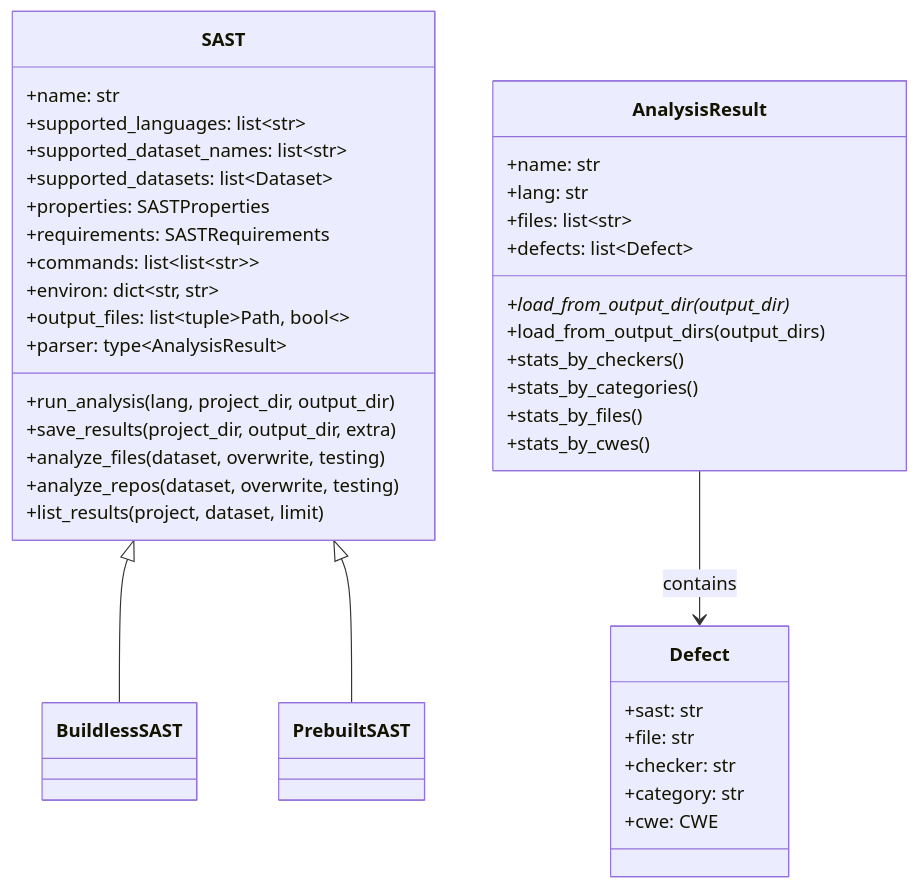
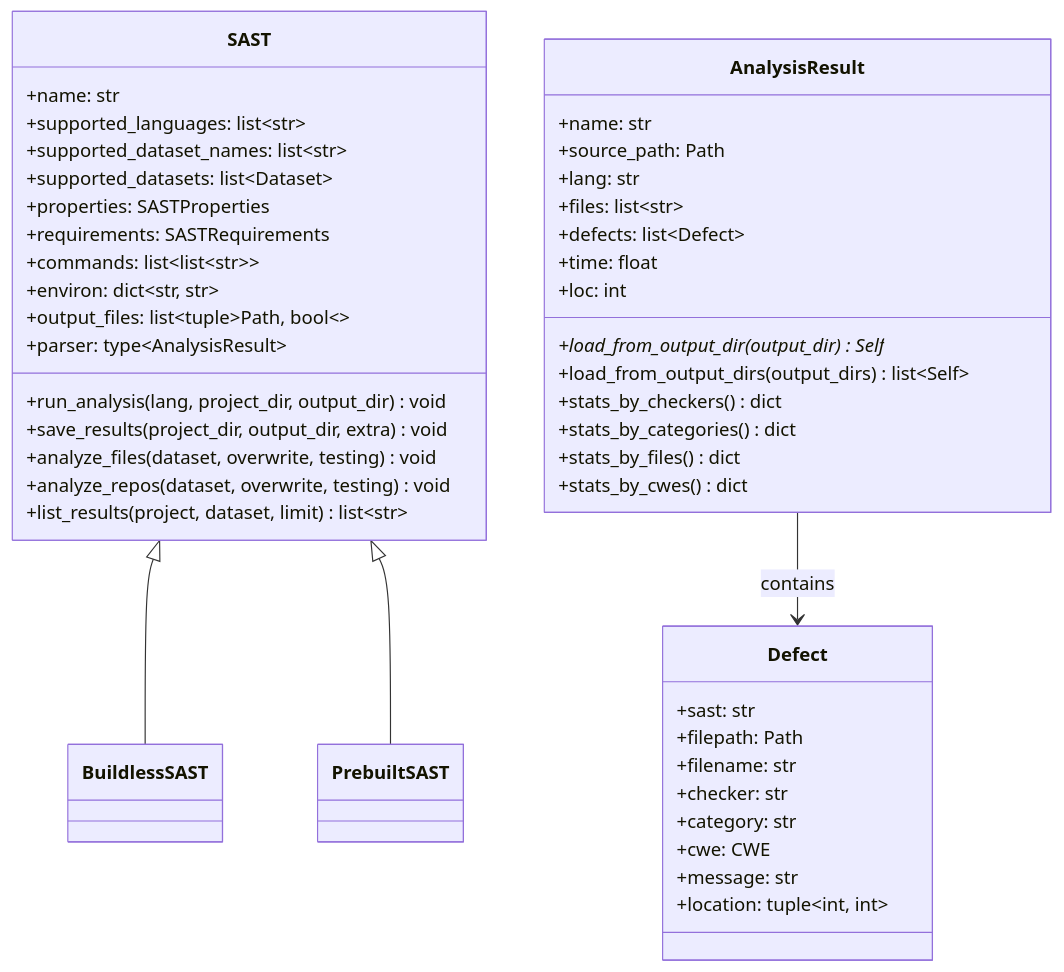
The diagram in docs/sast/index.md (OPPIDA/CodeSecTools), drawn with Mermaid before and after one commit. The commit also changed 1 other file, not shown here.

Commit message:
docs: update Mermaid class charts

````diff
--- a/docs/sast/index.md
+++ b/docs/sast/index.md
@@ -21,52 +21,58 @@
 ```mermaid
 classDiagram
     class SAST {
         +name: str
         +supported_languages: list~str~
         +supported_dataset_names: list~str~
         +supported_datasets: list~Dataset~
         +properties: SASTProperties
         +requirements: SASTRequirements
         +commands: list~list~str~~
         +environ: dict~str, str~
         +output_files: list~tuple~Path, bool~~
         +parser: type~AnalysisResult~
-        +run_analysis(lang, project_dir, output_dir)
-        +save_results(project_dir, output_dir, extra)
-        +analyze_files(dataset, overwrite, testing)
-        +analyze_repos(dataset, overwrite, testing)
-        +list_results(project, dataset, limit)
+        +run_analysis(lang, project_dir, output_dir) void
+        +save_results(project_dir, output_dir, extra) void
+        +analyze_files(dataset, overwrite, testing) void
+        +analyze_repos(dataset, overwrite, testing) void
+        +list_results(project, dataset, limit) list~str~
     }
 
     class BuildlessSAST {
     }
 
     class PrebuiltSAST {
     }
     
     SAST <|-- BuildlessSAST
     SAST <|-- PrebuiltSAST
 
     class AnalysisResult {
         +name: str
+        +source_path: Path
         +lang: str
         +files: list~str~
         +defects: list~Defect~
-        +load_from_output_dir(output_dir)*
-        +load_from_output_dirs(output_dirs)
-        +stats_by_checkers()
-        +stats_by_categories()
-        +stats_by_files()
-        +stats_by_cwes()
+        +time: float
+        +loc: int
+        +load_from_output_dir(output_dir)* Self
+        +load_from_output_dirs(output_dirs) list~Self~
+        +stats_by_checkers() dict
+        +stats_by_categories() dict
+        +stats_by_files() dict
+        +stats_by_cwes() dict
     }
 
     class Defect {
         +sast: str
-        +file: str
+        +filepath: Path
+        +filename: str
         +checker: str
         +category: str
         +cwe: CWE
+        +message: str
+        +location: tuple~int, int~
     }
 
     AnalysisResult --> Defect : contains
 ```
````
